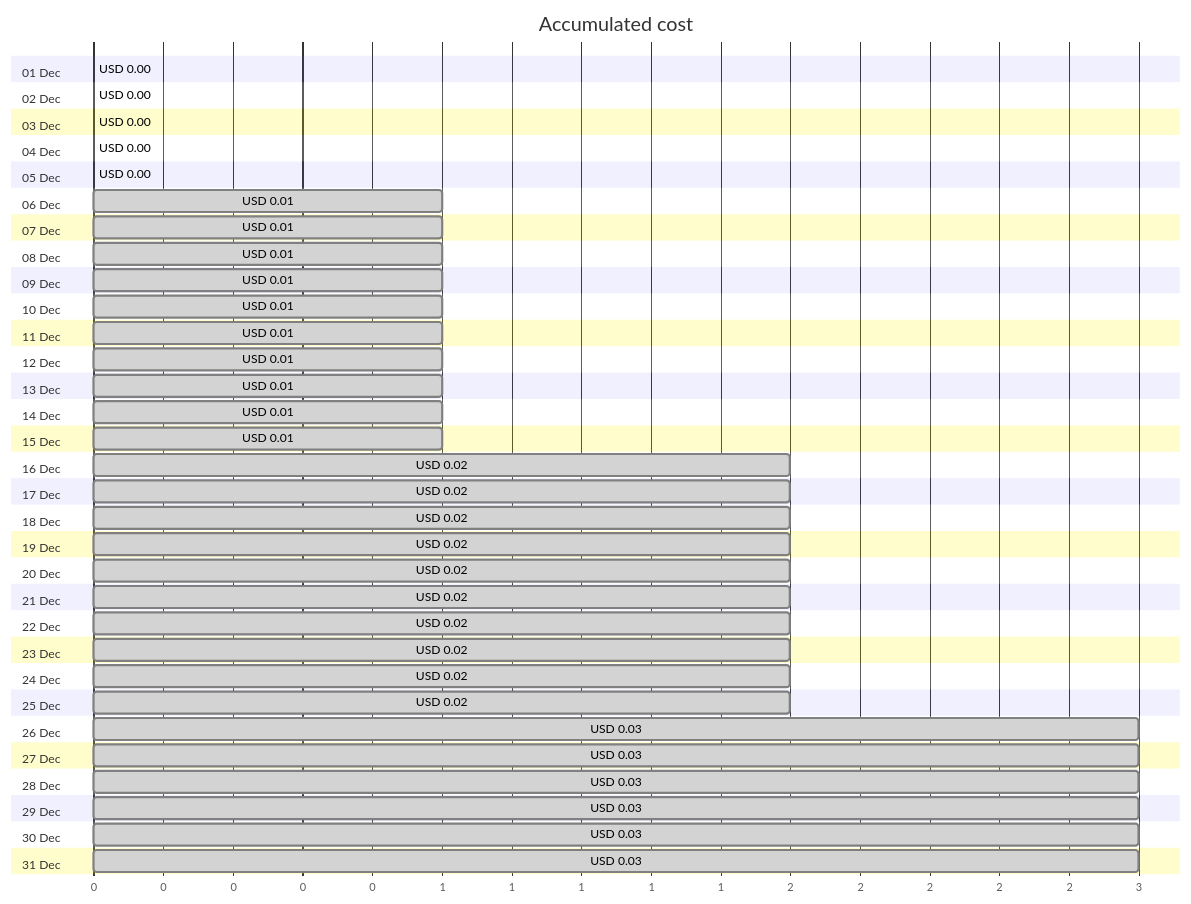
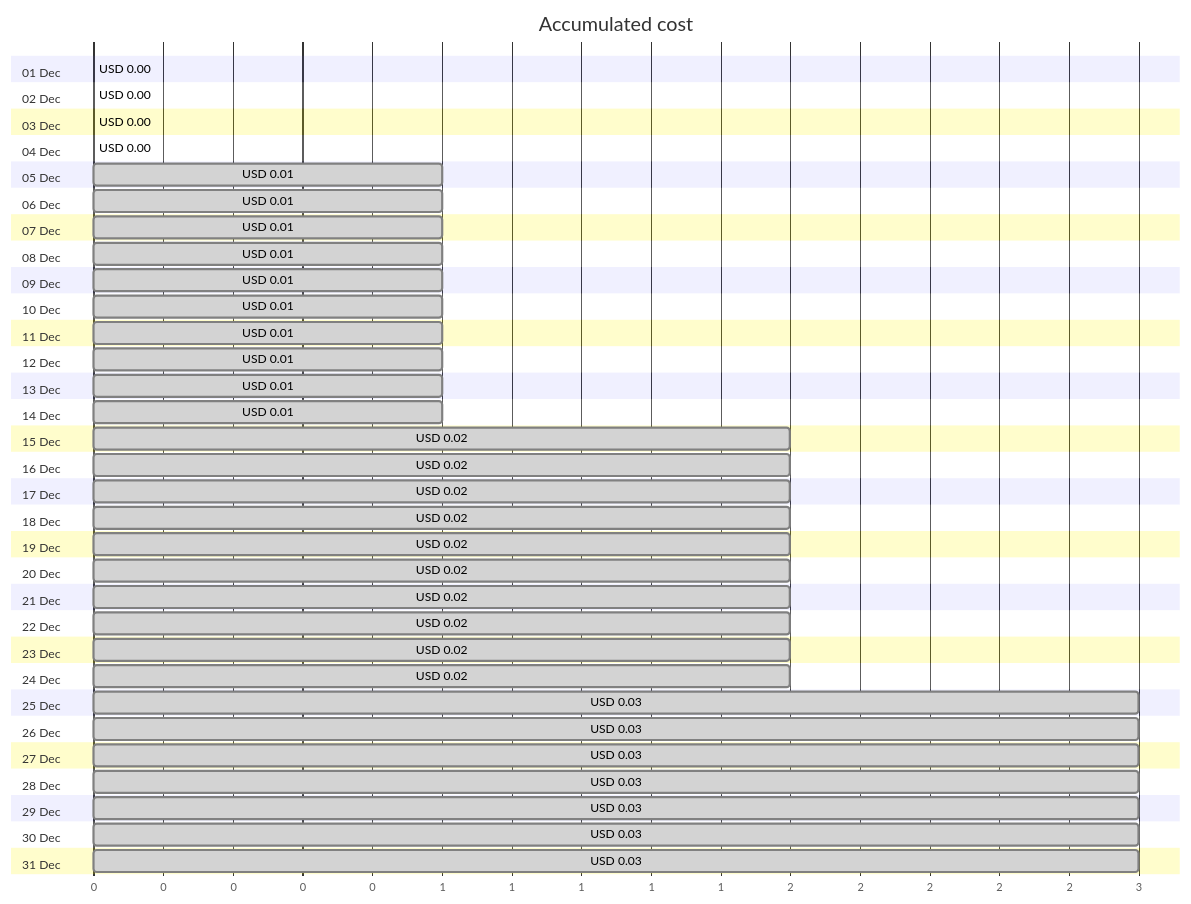
The first of 4 diagrams in cost-reports/personal-site/personalsiteapipreview.md (jpfulton/azure-personal-reports), drawn with Mermaid before and after one commit. The commit also changed other lines of this file and 8 other files, not shown here.

````diff
--- a/cost-reports/personal-site/personalsiteapipreview.md
+++ b/cost-reports/personal-site/personalsiteapipreview.md
@@ -20,68 +20,68 @@
 ```mermaid
 gantt
    title Accumulated cost
    dateFormat  X
    axisFormat %s
    section 01 Dec
    USD 0.00 :0, 0
    section 02 Dec
    USD 0.00 :0, 0
    section 03 Dec
    USD 0.00 :0, 0
    section 04 Dec
-   USD 0.00 : done, 0, 0
+   USD 0.00 :0, 0
    section 05 Dec
-   USD 0.00 : done, 0, 0
+   USD 0.01 : done, 0, 1
    section 06 Dec
    USD 0.01 : done, 0, 1
    section 07 Dec
    USD 0.01 : done, 0, 1
    section 08 Dec
    USD 0.01 : done, 0, 1
    section 09 Dec
    USD 0.01 : done, 0, 1
    section 10 Dec
    USD 0.01 : done, 0, 1
    section 11 Dec
    USD 0.01 : done, 0, 1
    section 12 Dec
    USD 0.01 : done, 0, 1
    section 13 Dec
    USD 0.01 : done, 0, 1
    section 14 Dec
    USD 0.01 : done, 0, 1
    section 15 Dec
-   USD 0.01 : done, 0, 1
+   USD 0.02 : done, 0, 2
    section 16 Dec
    USD 0.02 : done, 0, 2
    section 17 Dec
    USD 0.02 : done, 0, 2
    section 18 Dec
    USD 0.02 : done, 0, 2
    section 19 Dec
    USD 0.02 : done, 0, 2
    section 20 Dec
    USD 0.02 : done, 0, 2
    section 21 Dec
    USD 0.02 : done, 0, 2
    section 22 Dec
    USD 0.02 : done, 0, 2
    section 23 Dec
    USD 0.02 : done, 0, 2
    section 24 Dec
    USD 0.02 : done, 0, 2
    section 25 Dec
-   USD 0.02 : done, 0, 2
+   USD 0.03 : done, 0, 3
    section 26 Dec
    USD 0.03 : done, 0, 3
    section 27 Dec
    USD 0.03 : done, 0, 3
    section 28 Dec
    USD 0.03 : done, 0, 3
    section 29 Dec
    USD 0.03 : done, 0, 3
    section 30 Dec
    USD 0.03 : done, 0, 3
    section 31 Dec
    USD 0.03 : done, 0, 3
 ```
````
